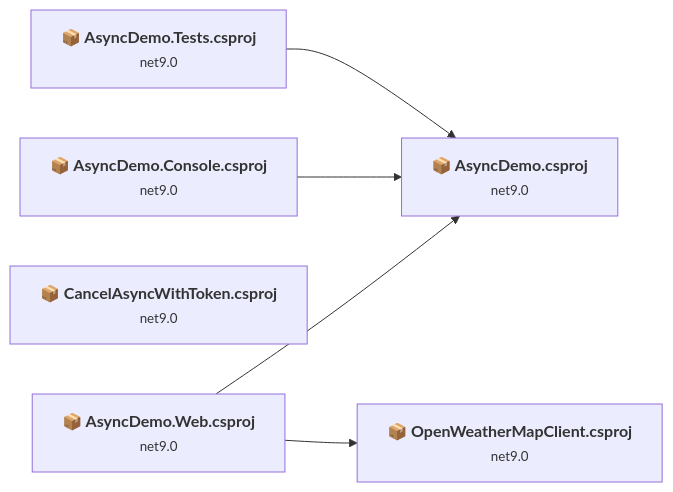
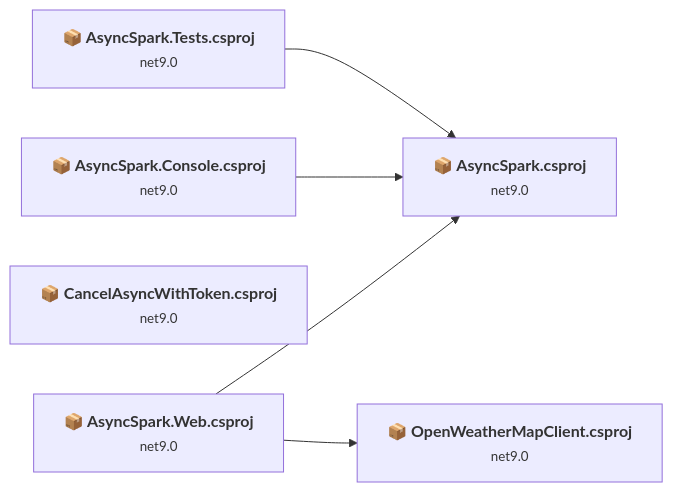
One commit to markhazleton/AsyncDemo changed the first of 7 diagrams in .github/upgrades/assessment.md. Above: the diagram before and after it, drawn with Mermaid. The commit also changed other lines of this file and 230 other files, not shown here.

Commit message:
Rebrand AsyncDemo to AsyncSpark

````diff
--- a/.github/upgrades/assessment.md
+++ b/.github/upgrades/assessment.md
@@ -25,20 +25,20 @@
 ```mermaid
 flowchart LR
-    P1["<b>📦&nbsp;AsyncDemo.csproj</b><br/><small>net9.0</small>"]
-    P2["<b>📦&nbsp;AsyncDemo.Tests.csproj</b><br/><small>net9.0</small>"]
-    P3["<b>📦&nbsp;AsyncDemo.Console.csproj</b><br/><small>net9.0</small>"]
+    P1["<b>📦&nbsp;AsyncSpark.csproj</b><br/><small>net9.0</small>"]
+    P2["<b>📦&nbsp;AsyncSpark.Tests.csproj</b><br/><small>net9.0</small>"]
+    P3["<b>📦&nbsp;AsyncSpark.Console.csproj</b><br/><small>net9.0</small>"]
     P4["<b>📦&nbsp;OpenWeatherMapClient.csproj</b><br/><small>net9.0</small>"]
     P5["<b>📦&nbsp;CancelAsyncWithToken.csproj</b><br/><small>net9.0</small>"]
-    P6["<b>📦&nbsp;AsyncDemo.Web.csproj</b><br/><small>net9.0</small>"]
+    P6["<b>📦&nbsp;AsyncSpark.Web.csproj</b><br/><small>net9.0</small>"]
     P2 --> P1
     P3 --> P1
     P6 --> P1
     P6 --> P4
-    click P1 "#asyncdemoasyncdemocsproj"
-    click P2 "#asyncdemotestsasyncdemotestscsproj"
-    click P3 "#asyncdemoconsoleasyncdemoconsolecsproj"
+    click P1 "#AsyncSparkAsyncSparkcsproj"
+    click P2 "#AsyncSparktestsAsyncSparktestscsproj"
+    click P3 "#AsyncSparkconsoleAsyncSparkconsolecsproj"
     click P4 "#openweathermapclientopenweathermapclientcsproj"
     click P5 "#cancelasyncwithtokencancelasyncwithtokencsproj"
-    click P6 "#asyncdemowebasyncdemowebcsproj"
+    click P6 "#AsyncSparkwebAsyncSparkwebcsproj"
 
 ```
````
